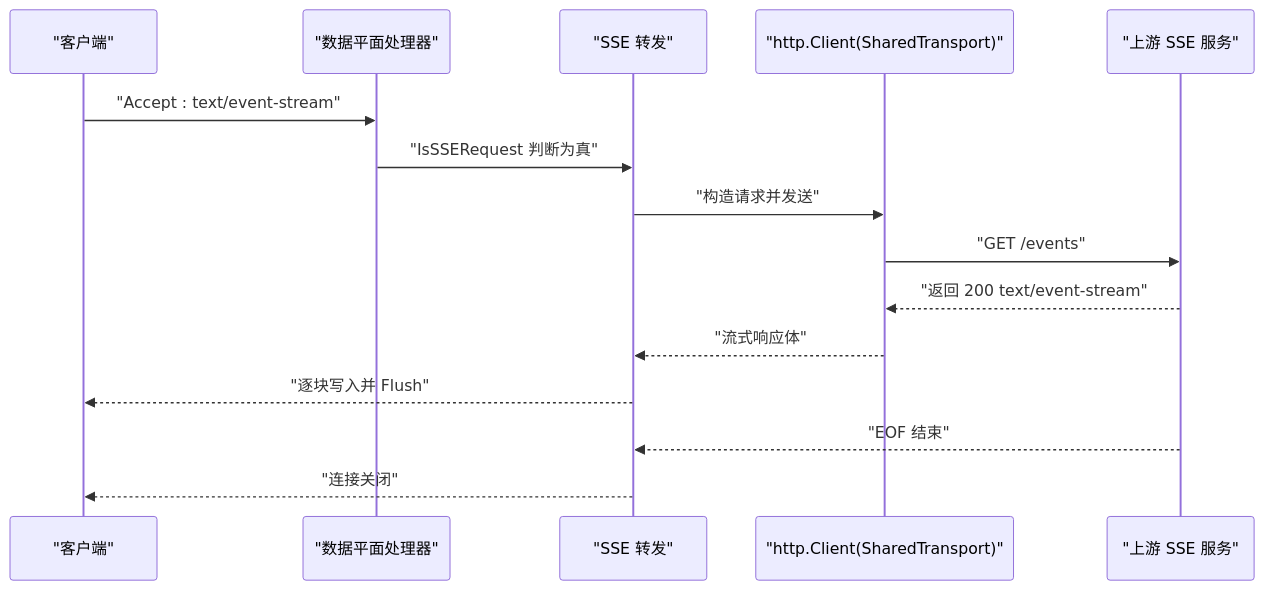
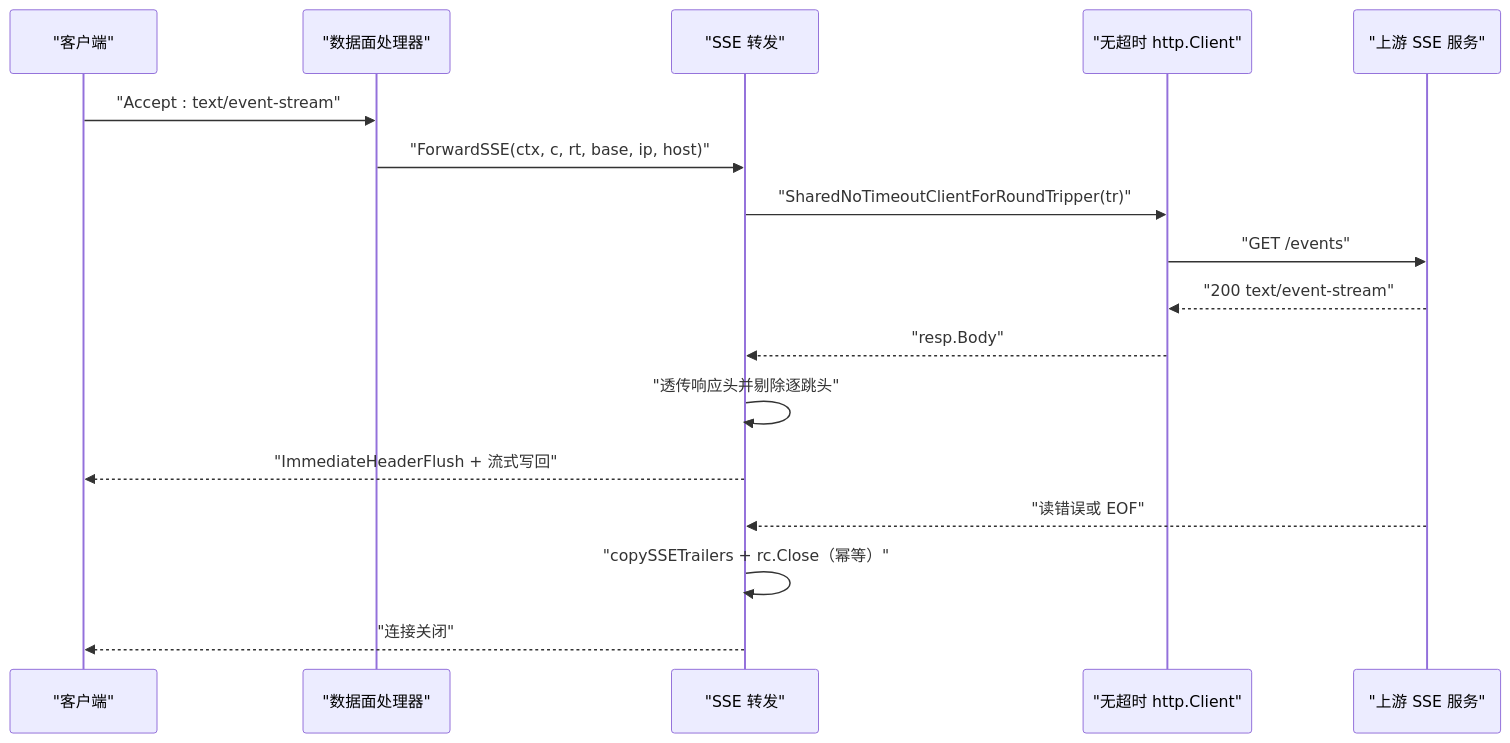
Before and after one commit to x01n/My-OpenWaf: the ninth of 12 diagrams in docs/数据平面处理/数据平面处理.md, drawn with Mermaid. The commit also changed other lines of this file and 622 other files, not shown here.

````diff
--- a/docs/数据平面处理/数据平面处理.md
+++ b/docs/数据平面处理/数据平面处理.md
@@ -291,17 +452,19 @@
 ```mermaid
 sequenceDiagram
 participant C as "客户端"
-participant DP as "数据平面处理器"
+participant DP as "数据面处理器"
 participant SSE as "SSE 转发"
-participant HC as "http.Client(SharedTransport)"
+participant HC as "无超时 http.Client"
 participant U as "上游 SSE 服务"
 C->>DP : "Accept : text/event-stream"
-DP->>SSE : "IsSSERequest 判断为真"
-SSE->>HC : "构造请求并发送"
+DP->>SSE : "ForwardSSE(ctx, c, rt, base, ip, host)"
+SSE->>HC : "SharedNoTimeoutClientForRoundTripper(tr)"
 HC->>U : "GET /events"
-U-->>HC : "返回 200 text/event-stream"
-HC-->>SSE : "流式响应体"
-SSE-->>C : "逐块写入并 Flush"
-U-->>SSE : "EOF 结束"
+U-->>HC : "200 text/event-stream"
+HC-->>SSE : "resp.Body"
+SSE->>SSE : "透传响应头并剔除逐跳头"
+SSE-->>C : "ImmediateHeaderFlush + 流式写回"
+U-->>SSE : "读错误或 EOF"
+SSE->>SSE : "copySSETrailers + rc.Close（幂等）"
 SSE-->>C : "连接关闭"
 ```
````
